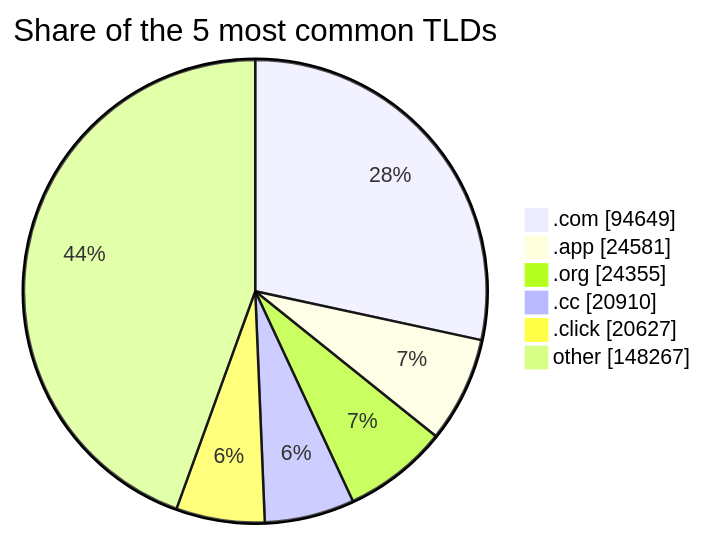
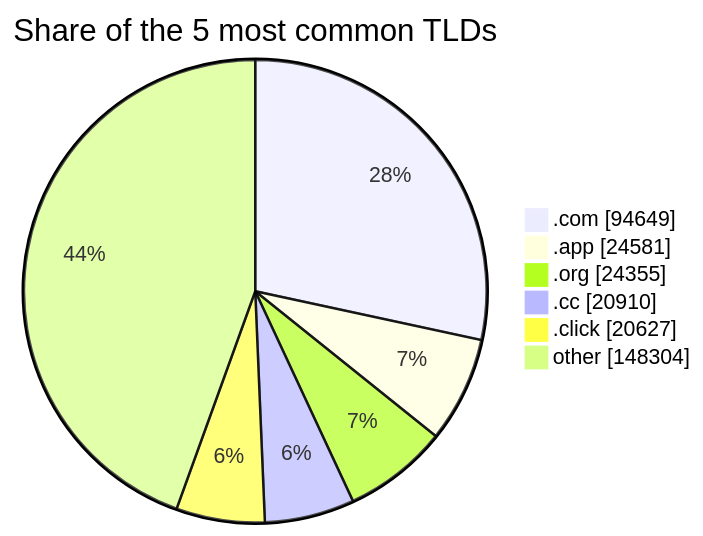
One commit to DNSBunker/CTI changed the third of 3 diagrams in README.md. Above: the diagram before and after it, drawn with Mermaid. The commit also changed other lines of this file and 4 other files, not shown here.

````diff
--- a/README.md
+++ b/README.md
@@ -81,9 +81,9 @@
 ```mermaid
 pie showData title Share of the 5 most common TLDs
     ".com" : 94649
     ".app" : 24581
     ".org" : 24355
     ".cc" : 20910
     ".click" : 20627
-    "other" : 148267
+    "other" : 148304
 ```
````
